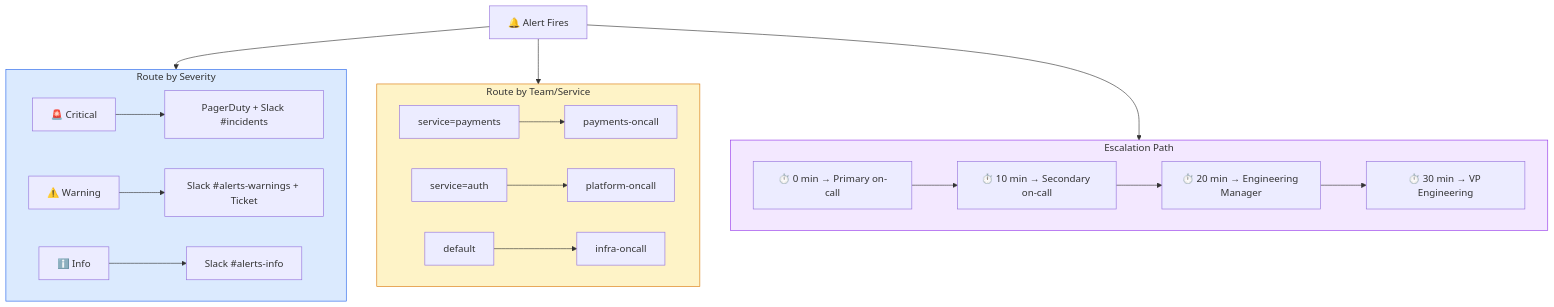
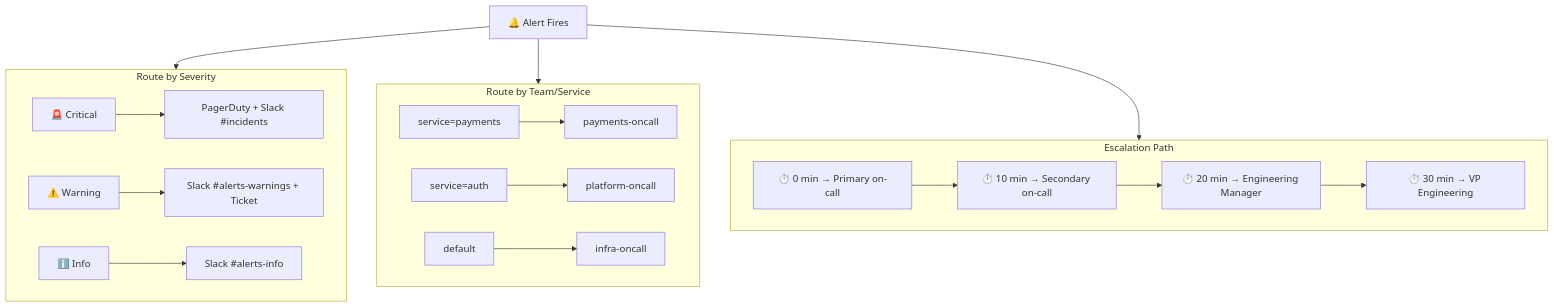
The fifth of 6 diagrams in docs/observability/alerting.md (shivam-g-mishra/blog), drawn with Mermaid before and after one commit. The commit also changed other lines of this file and 23 other files, not shown here.

First line of the commit message:
fix: improve Mermaid diagram visibility in dark mode

````diff
--- a/docs/observability/alerting.md
+++ b/docs/observability/alerting.md
@@ -688,34 +667,30 @@
 ```mermaid
 flowchart TB
     alert["🔔 Alert Fires"] --> severity
     
     subgraph severity["Route by Severity"]
         direction LR
         critical["🚨 Critical"] --> pd["PagerDuty + Slack #incidents"]
         warning["⚠️ Warning"] --> slack["Slack #alerts-warnings + Ticket"]
         info["ℹ️ Info"] --> slackinfo["Slack #alerts-info"]
     end
     
     alert --> team
     
     subgraph team["Route by Team/Service"]
         direction LR
         payments["service=payments"] --> payoncall["payments-oncall"]
         auth["service=auth"] --> platoncall["platform-oncall"]
         default["default"] --> infraoncall["infra-oncall"]
     end
     
     alert --> escalation
     
     subgraph escalation["Escalation Path"]
         e0["⏱️ 0 min → Primary on-call"]
         e10["⏱️ 10 min → Secondary on-call"]
         e20["⏱️ 20 min → Engineering Manager"]
         e30["⏱️ 30 min → VP Engineering"]
         e0 --> e10 --> e20 --> e30
     end
-    
-    style severity fill:#dbeafe,stroke:#2563eb
-    style team fill:#fef3c7,stroke:#d97706
-    style escalation fill:#f3e8ff,stroke:#9333ea
 ```
````
